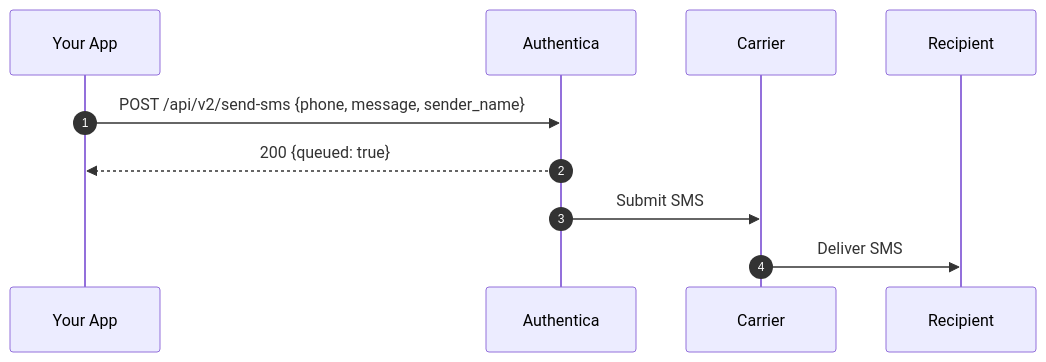
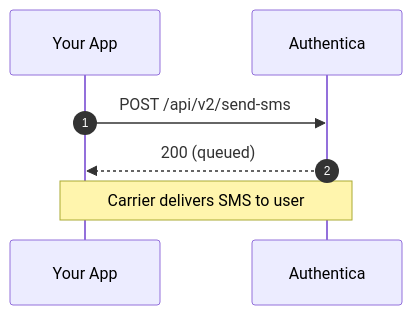
Before and after one commit to AuthenticaSA/Plug-and-Play-Auth: the fourth of 5 diagrams in README.md, drawn with Mermaid. The commit also changed other lines of this file and 2 other files, not shown here.

````diff
--- a/README.md
+++ b/README.md
@@ -463,12 +389,9 @@
 ```mermaid
 sequenceDiagram
   autonumber
   participant App as Your App
   participant Auth as Authentica
-  participant Telco as Carrier
-  participant User as Recipient
-  App->>Auth: POST /api/v2/send-sms {phone, message, sender_name}
-  Auth-->>App: 200 {queued: true}
-  Auth->>Telco: Submit SMS
-  Telco->>User: Deliver SMS
+  App->>Auth: POST /api/v2/send-sms
+  Auth-->>App: 200 (queued)
+  Note over App,Auth: Carrier delivers SMS to user
 ```
````
